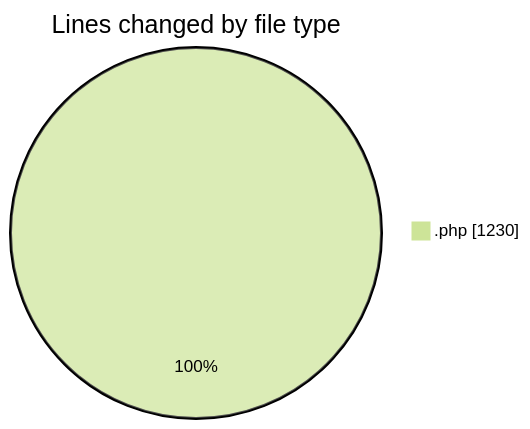
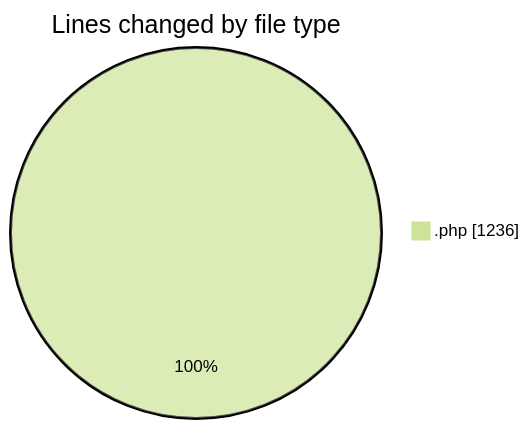
Before and after one commit to LanceThiago/code-tracking: the first of 2 diagrams in 2025-10-03/totem2/README.md, drawn with Mermaid (forest theme). The commit also changed other lines of this file and 1 other file, not shown here.

````diff
--- a/2025-10-03/totem2/README.md
+++ b/2025-10-03/totem2/README.md
@@ -22,5 +22,5 @@
 ```mermaid
 pie showData
 title Lines changed by file type
-".php" : 1230
+".php" : 1236
 ```
````
